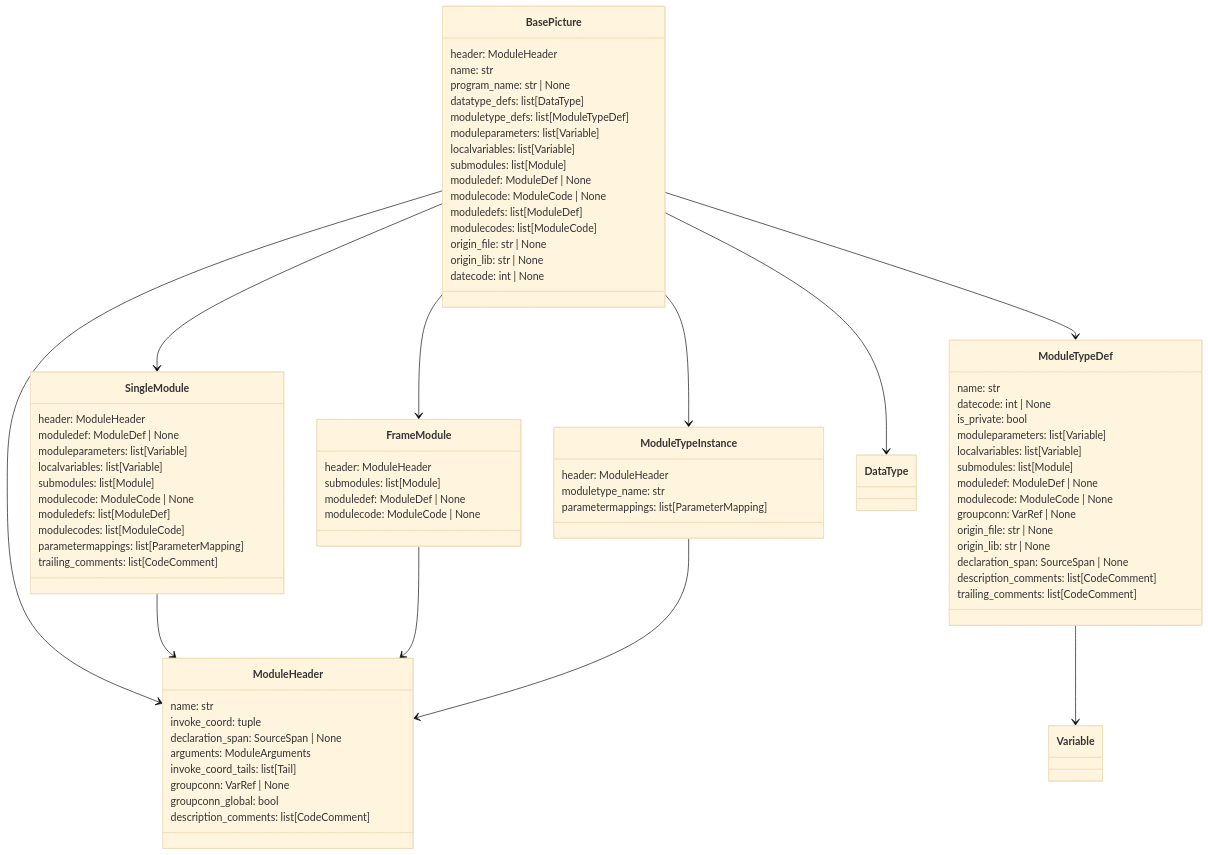
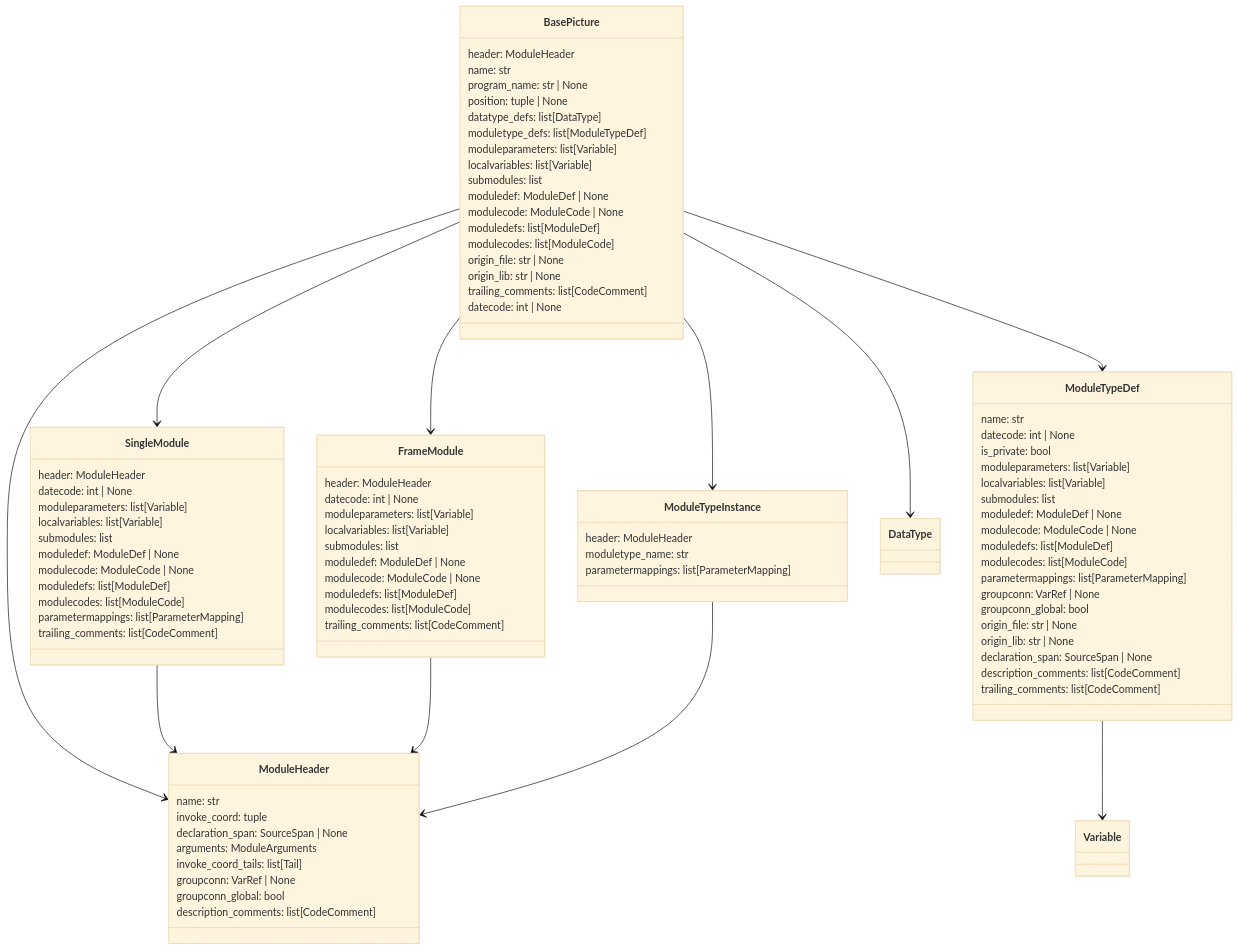
One commit to SorenHJohansen/sattline-parser changed the first of 6 diagrams in docs/ast.md. Above: the diagram before and after it, drawn with Mermaid (base theme). The commit also changed other lines of this file and 157 other files, not shown here.

```diff
--- a/docs/ast.md
+++ b/docs/ast.md
@@ -13,17 +13,19 @@
         header: ModuleHeader
         name: str
         program_name: str | None
+        position: tuple | None
         datatype_defs: list[DataType]
         moduletype_defs: list[ModuleTypeDef]
         moduleparameters: list[Variable]
         localvariables: list[Variable]
-        submodules: list[Module]
+        submodules: list
         moduledef: ModuleDef | None
         modulecode: ModuleCode | None
         moduledefs: list[ModuleDef]
         modulecodes: list[ModuleCode]
         origin_file: str | None
         origin_lib: str | None
+        trailing_comments: list[CodeComment]
         datecode: int | None
     }
 
@@ -40,10 +42,11 @@
 
     class SingleModule {
         header: ModuleHeader
-        moduledef: ModuleDef | None
+        datecode: int | None
         moduleparameters: list[Variable]
         localvariables: list[Variable]
-        submodules: list[Module]
+        submodules: list
+        moduledef: ModuleDef | None
         modulecode: ModuleCode | None
         moduledefs: list[ModuleDef]
         modulecodes: list[ModuleCode]
@@ -53,9 +56,15 @@
 
     class FrameModule {
         header: ModuleHeader
-        submodules: list[Module]
+        datecode: int | None
+        moduleparameters: list[Variable]
+        localvariables: list[Variable]
+        submodules: list
         moduledef: ModuleDef | None
         modulecode: ModuleCode | None
+        moduledefs: list[ModuleDef]
+        modulecodes: list[ModuleCode]
+        trailing_comments: list[CodeComment]
     }
 
     class ModuleTypeInstance {
@@ -70,10 +79,14 @@
         is_private: bool
         moduleparameters: list[Variable]
         localvariables: list[Variable]
-        submodules: list[Module]
+        submodules: list
         moduledef: ModuleDef | None
         modulecode: ModuleCode | None
+        moduledefs: list[ModuleDef]
+        modulecodes: list[ModuleCode]
+        parametermappings: list[ParameterMapping]
         groupconn: VarRef | None
+        groupconn_global: bool
         origin_file: str | None
         origin_lib: str | None
         declaration_span: SourceSpan | None
```
